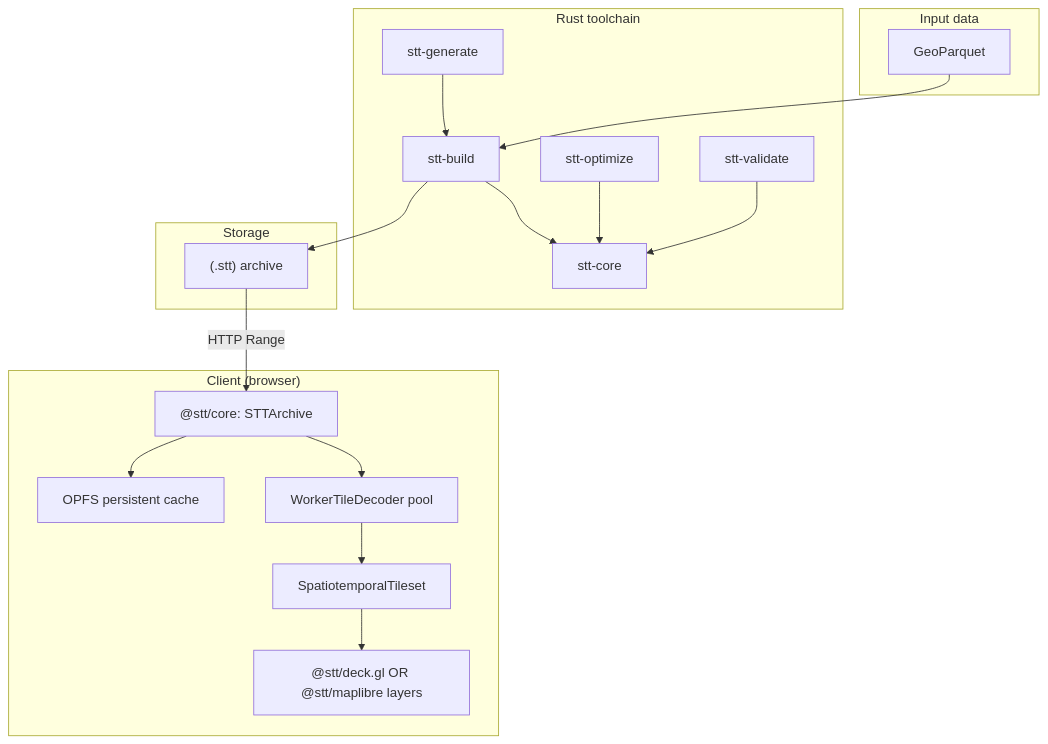
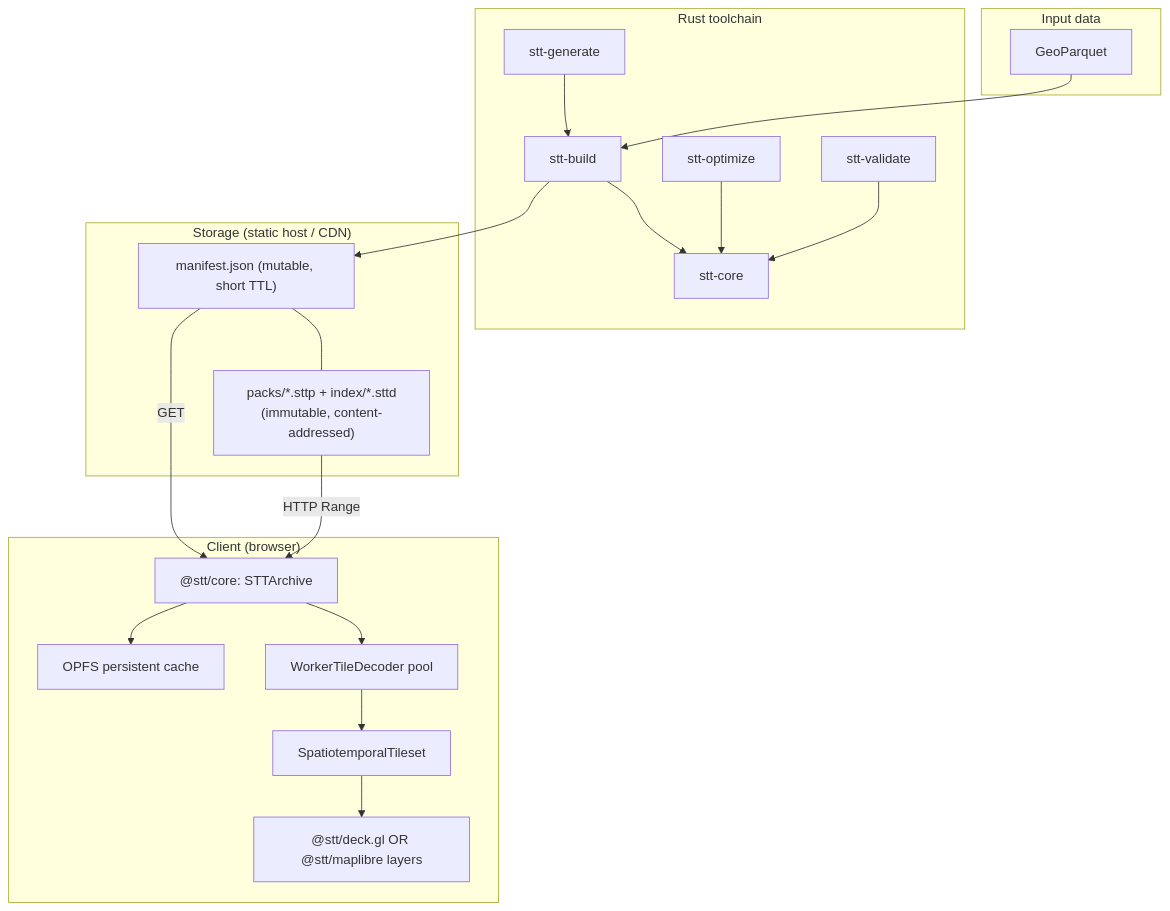
Before and after one commit to BertCh/poopdeck.gl: the diagram in docs/architecture/system-overview.md, drawn with Mermaid. The commit also changed other lines of this file and 37 other files, not shown here.

````diff
--- a/docs/architecture/system-overview.md
+++ b/docs/architecture/system-overview.md
@@ -7,38 +7,41 @@
 ```mermaid
 graph TD
     subgraph "Input data"
         PARQUET[GeoParquet]
     end
 
     subgraph "Rust toolchain"
         BUILD[stt-build]
         OPTIMIZE[stt-optimize]
         VALIDATE[stt-validate]
         GEN[stt-generate]
         CORE_RS[stt-core]
         BUILD --> CORE_RS
         OPTIMIZE --> CORE_RS
         VALIDATE --> CORE_RS
         GEN --> BUILD
     end
 
-    subgraph "Storage"
-        STT["(.stt) archive"]
+    subgraph "Storage (static host / CDN)"
+        MANIFEST["manifest.json (mutable, short TTL)"]
+        PACKS["packs/*.sttp + index/*.sttd<br/>(immutable, content-addressed)"]
+        MANIFEST --- PACKS
     end
 
     subgraph "Client (browser)"
         ARCHIVE["@stt/core: STTArchive"]
         OPFS["OPFS persistent cache"]
         DECODER["WorkerTileDecoder pool"]
         TILESET[SpatiotemporalTileset]
         LAYERS["@stt/deck.gl OR @stt/maplibre layers"]
         ARCHIVE --> OPFS
         ARCHIVE --> DECODER
         DECODER --> TILESET
         TILESET --> LAYERS
     end
 
     PARQUET --> BUILD
-    BUILD --> STT
-    STT -->|HTTP Range| ARCHIVE
+    BUILD --> MANIFEST
+    MANIFEST -->|GET| ARCHIVE
+    PACKS -->|HTTP Range| ARCHIVE
 ```
````
